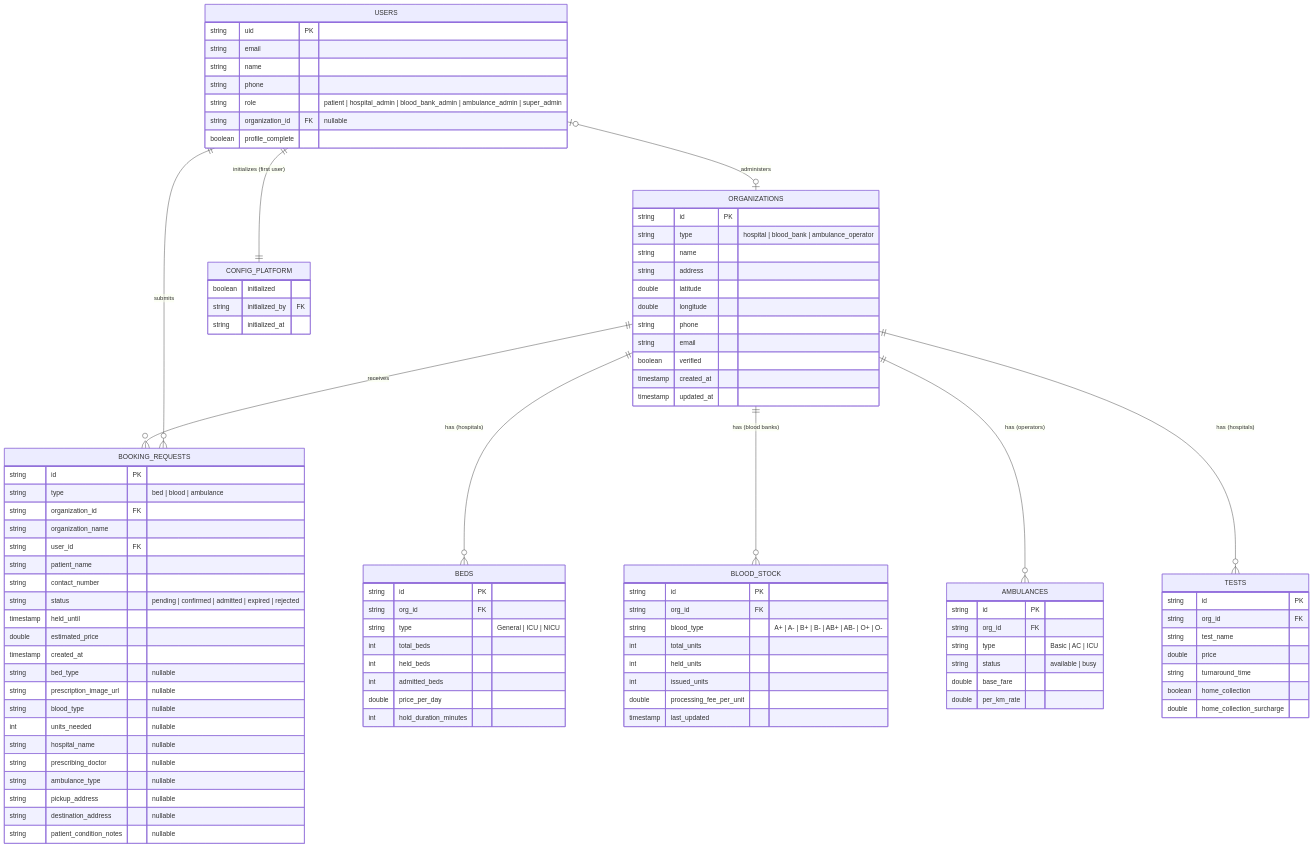
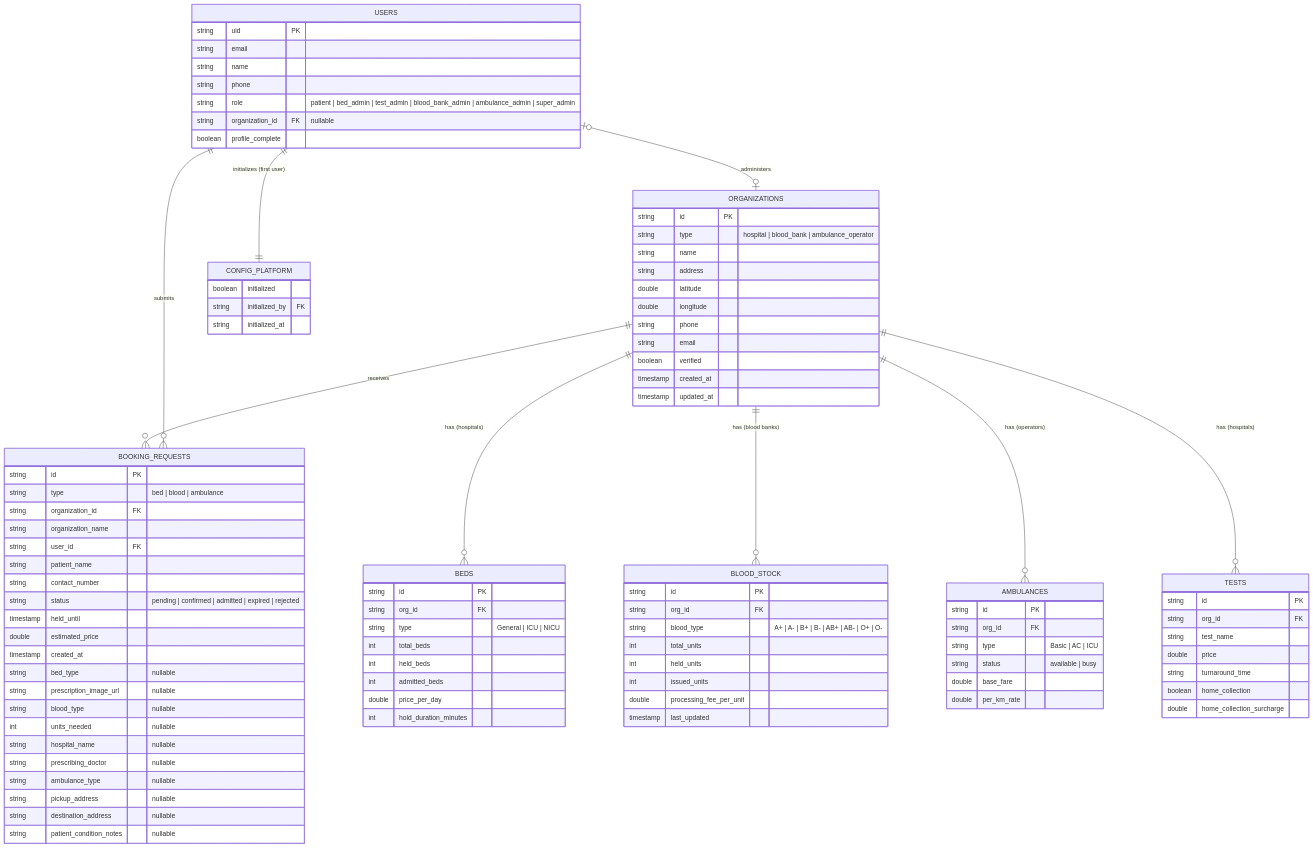
One commit to Aurorabtw/emergency-health-services changed the seventh of 14 diagrams in SDP_Report_Diagrams.md. Above: the diagram before and after it, drawn with Mermaid. The commit also changed other lines of this file and 21 other files, not shown here.

```diff
--- a/SDP_Report_Diagrams.md
+++ b/SDP_Report_Diagrams.md
@@ -390,7 +390,7 @@
         string email
         string name
         string phone
-        string role "patient | hospital_admin | blood_bank_admin | ambulance_admin | super_admin"
+        string role "patient | bed_admin | test_admin | blood_bank_admin | ambulance_admin | super_admin"
         string organization_id FK "nullable"
         boolean profile_complete
     }
```
